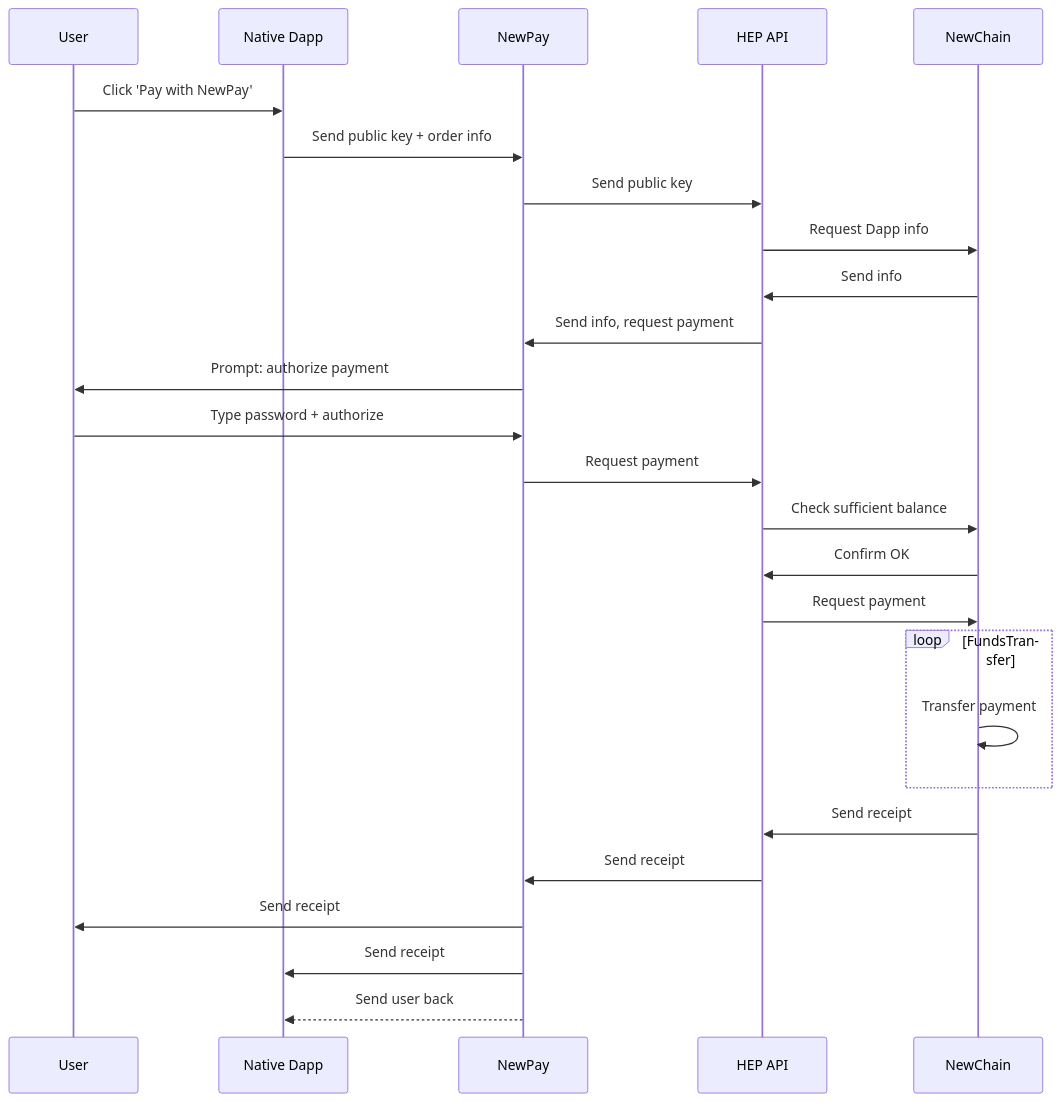
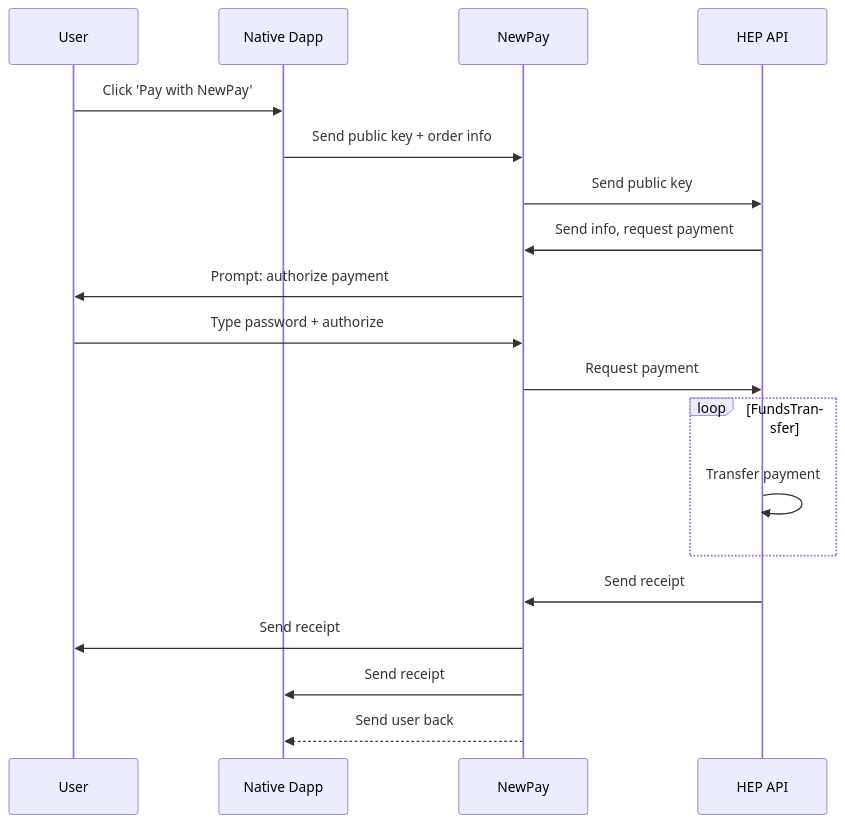
One commit to newtonproject/HEP-specification changed the diagram in payment_process.md. Above: the diagram before and after it, drawn with Mermaid.

Commit message:
Update from external file

````diff
--- a/payment_process.md
+++ b/payment_process.md
@@ -13,29 +13,22 @@
 ```mermaid
 sequenceDiagram;
     participant User;
     participant Native Dapp;
 	participant NewPay;
 	participant HEP API;
-	participant NewChain;
 
     User->>Native Dapp: Click 'Pay with NewPay';
 	Native Dapp->>NewPay: Send public key + order info;
 	NewPay->>HEP API: Send public key;
-	HEP API->>NewChain: Request Dapp info;
-	NewChain->>HEP API: Send info;
 	HEP API->>NewPay: Send info, request payment;
 	NewPay->> User: Prompt: authorize payment;
 	User->>NewPay: Type password + authorize;
 	NewPay->>HEP API: Request payment;
-	HEP API->>NewChain: Check sufficient balance;
-	NewChain->>HEP API: Confirm OK
-	HEP API->>NewChain: Request payment;
 loop FundsTransfer;
-        NewChain->>NewChain: Transfer payment;
+        HEP API->>HEP API: Transfer payment;
 	end;
-	NewChain->>HEP API: Send receipt;
 	HEP API->>NewPay: Send receipt;
 	NewPay->>User: Send receipt;
 	NewPay->>Native Dapp: Send receipt;
 	NewPay-->>Native Dapp: Send user back;
 ```
````
